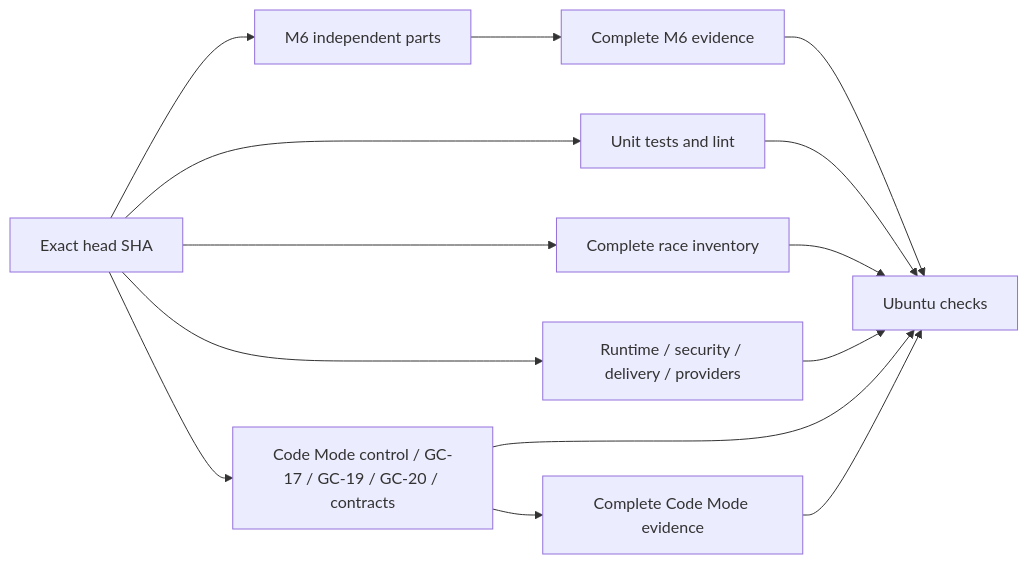
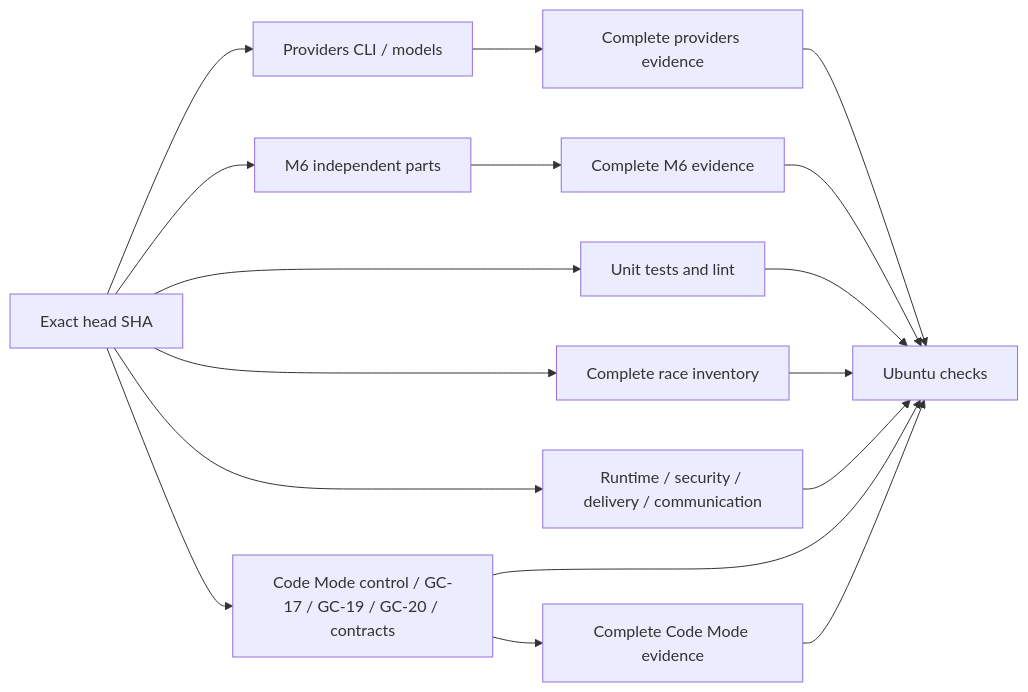
The diagram in docs/ci.md (z-chenhao/assistant), drawn with Mermaid before and after one commit. The commit also changed other lines of this file and 14 other files, not shown here.

First line of the commit message:
ERII-339: split providers CI budget and retain mandatory cleanup evidence (#53)

````diff
--- a/docs/ci.md
+++ b/docs/ci.md
@@ -21,16 +21,19 @@
 ```mermaid
 flowchart LR
     SHA[Exact head SHA] --> Unit[Unit tests and lint]
     SHA --> Race[Complete race inventory]
-    SHA --> Verify[Runtime / security / delivery / providers]
+    SHA --> Verify[Runtime / security / delivery / communication]
+    SHA --> Providers[Providers CLI / models]
+    Providers --> ProviderJoin[Complete providers evidence]
+    ProviderJoin --> Gate
     SHA --> Personal[M6 independent parts]
     Personal --> M6Join[Complete M6 evidence]
     M6Join --> Gate
     SHA --> Parts[Code Mode control / GC-17 / GC-19 / GC-20 / contracts]
     Parts --> Join[Complete Code Mode evidence]
     Unit --> Gate[Ubuntu checks]
     Race --> Gate
     Verify --> Gate
     Parts --> Gate
     Join --> Gate
 ```
````
